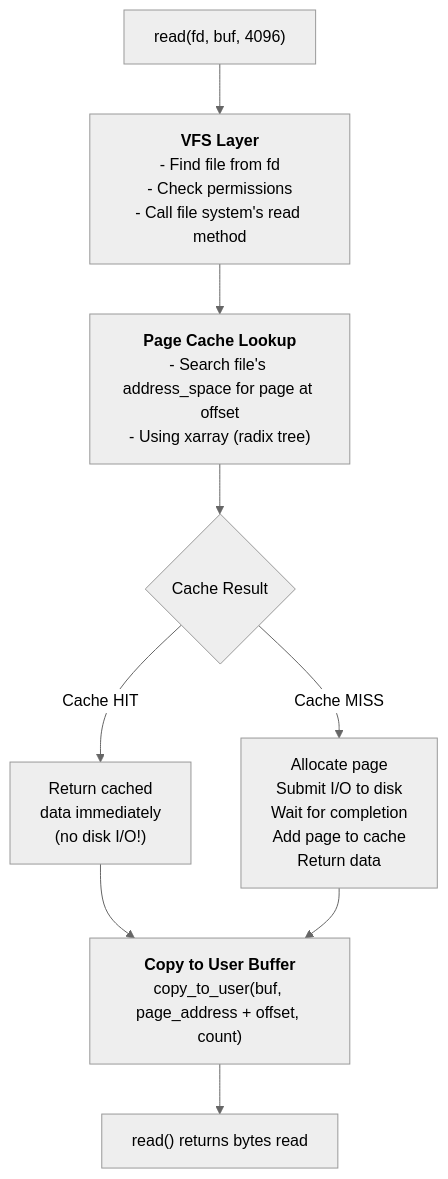
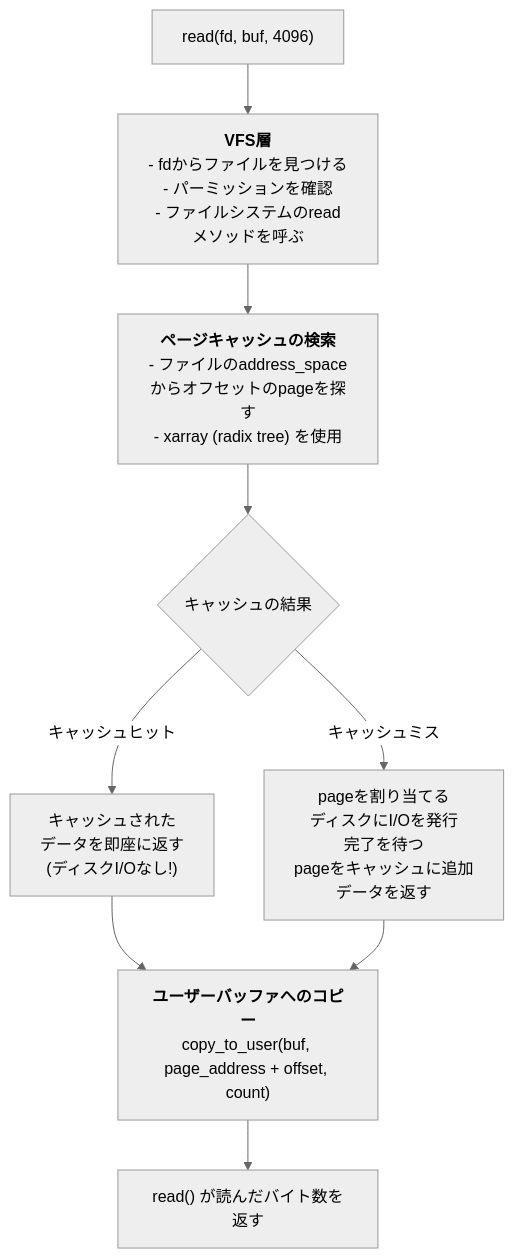
Before and after one commit to doguto/linux-kernel-internals-jp: the first of 8 diagrams in docs/mm/life-of-read.md, drawn with Mermaid (neutral theme). The commit also changed other lines of this file and 27 other files, not shown here.

````diff
--- a/docs/mm/life-of-read.md
+++ b/docs/mm/life-of-read.md
@@ -9,19 +9,19 @@
 ```mermaid
 flowchart TD
     A["read(fd, buf, 4096)"] --> B
 
-    B["<b>VFS Layer</b><br/>- Find file from fd<br/>- Check permissions<br/>- Call file system's read method"]
+    B["<b>VFS層</b><br/>- fdからファイルを見つける<br/>- パーミッションを確認<br/>- ファイルシステムのreadメソッドを呼ぶ"]
     B --> C
 
-    C["<b>Page Cache Lookup</b><br/>- Search file's address_space for page at offset<br/>- Using xarray (radix tree)"]
-    C --> D{Cache Result}
+    C["<b>ページキャッシュの検索</b><br/>- ファイルのaddress_spaceからオフセットのpageを探す<br/>- xarray (radix tree) を使用"]
+    C --> D{キャッシュの結果}
 
-    D -->|Cache HIT| E["Return cached<br/>data immediately<br/>(no disk I/O!)"]
-    D -->|Cache MISS| F["Allocate page<br/>Submit I/O to disk<br/>Wait for completion<br/>Add page to cache<br/>Return data"]
+    D -->|キャッシュヒット| E["キャッシュされた<br/>データを即座に返す<br/>(ディスクI/Oなし!)"]
+    D -->|キャッシュミス| F["pageを割り当てる<br/>ディスクにI/Oを発行<br/>完了を待つ<br/>pageをキャッシュに追加<br/>データを返す"]
 
     E --> G
     F --> G
 
-    G["<b>Copy to User Buffer</b><br/>copy_to_user(buf, page_address + offset, count)"]
-    G --> H["read() returns bytes read"]
+    G["<b>ユーザーバッファへのコピー</b><br/>copy_to_user(buf, page_address + offset, count)"]
+    G --> H["read() が読んだバイト数を返す"]
 ```
````
